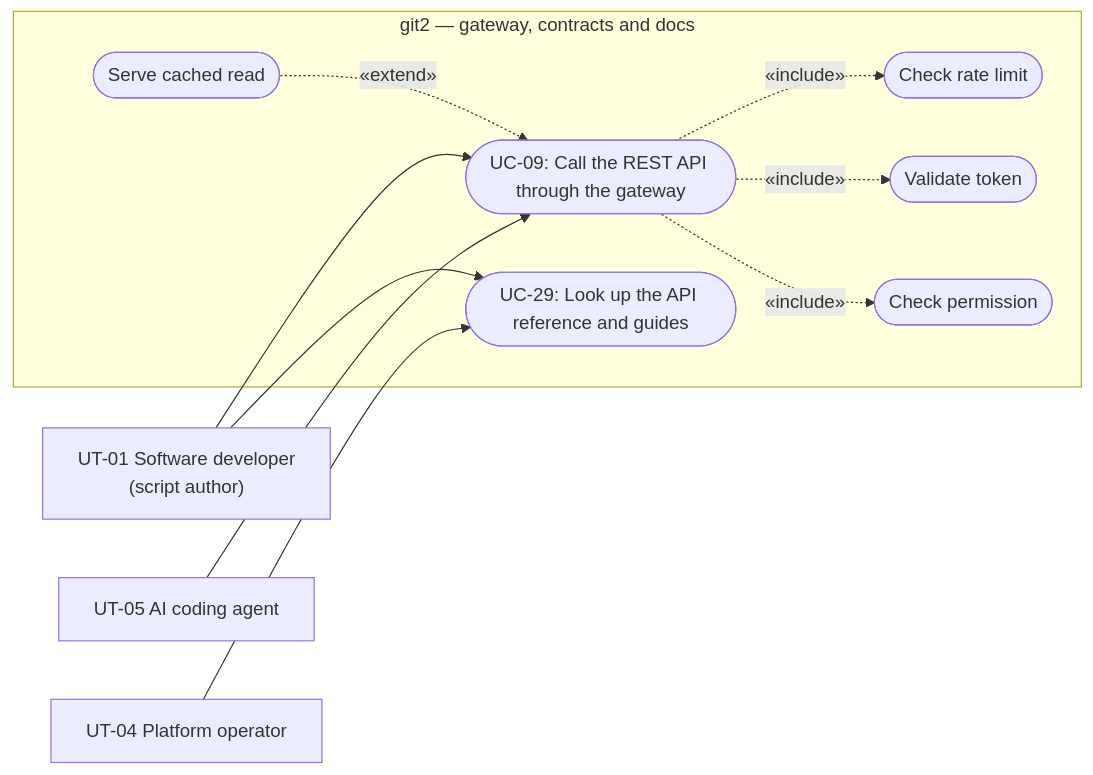
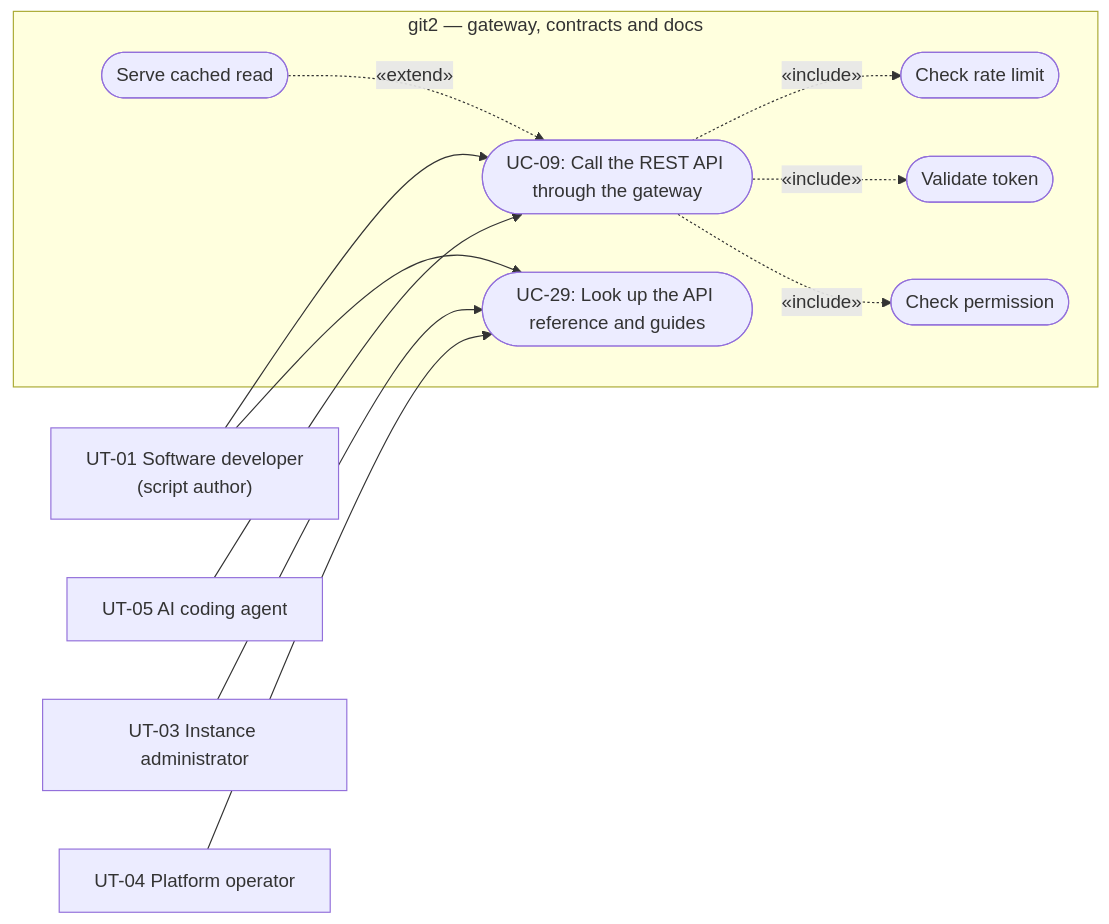
The third of 13 diagrams in docs/project_docs/to_customer/RequirementsSpecification.md (git2-project/git2), drawn with Mermaid before and after one commit. The commit also changed other lines of this file and 2 other files, not shown here.

First line of the commit message:
docs(req-spec): review fixes for roles, personas, notes and diagrams

````diff
--- a/docs/project_docs/to_customer/RequirementsSpecification.md
+++ b/docs/project_docs/to_customer/RequirementsSpecification.md
@@ -647,24 +653,26 @@
 ```mermaid
 flowchart LR
     Dev["UT-01 Software developer<br/>(script author)"]
     Agent["UT-05 AI coding agent"]
+    Admin["UT-03 Instance administrator"]
     Ops["UT-04 Platform operator"]
 
     subgraph System["git2 — gateway, contracts and docs"]
         UC09(["UC-09: Call the REST API through the gateway"])
         UC29(["UC-29: Look up the API reference and guides"])
         Limit(["Check rate limit"])
         Token(["Validate token"])
         Perm(["Check permission"])
         Cache(["Serve cached read"])
     end
 
     Dev --> UC09
     Agent --> UC09
     Dev --> UC29
+    Admin --> UC29
     Ops --> UC29
     UC09 -.->|«include»| Limit
     UC09 -.->|«include»| Token
     UC09 -.->|«include»| Perm
     Cache -.->|«extend»| UC09
 ```
````
